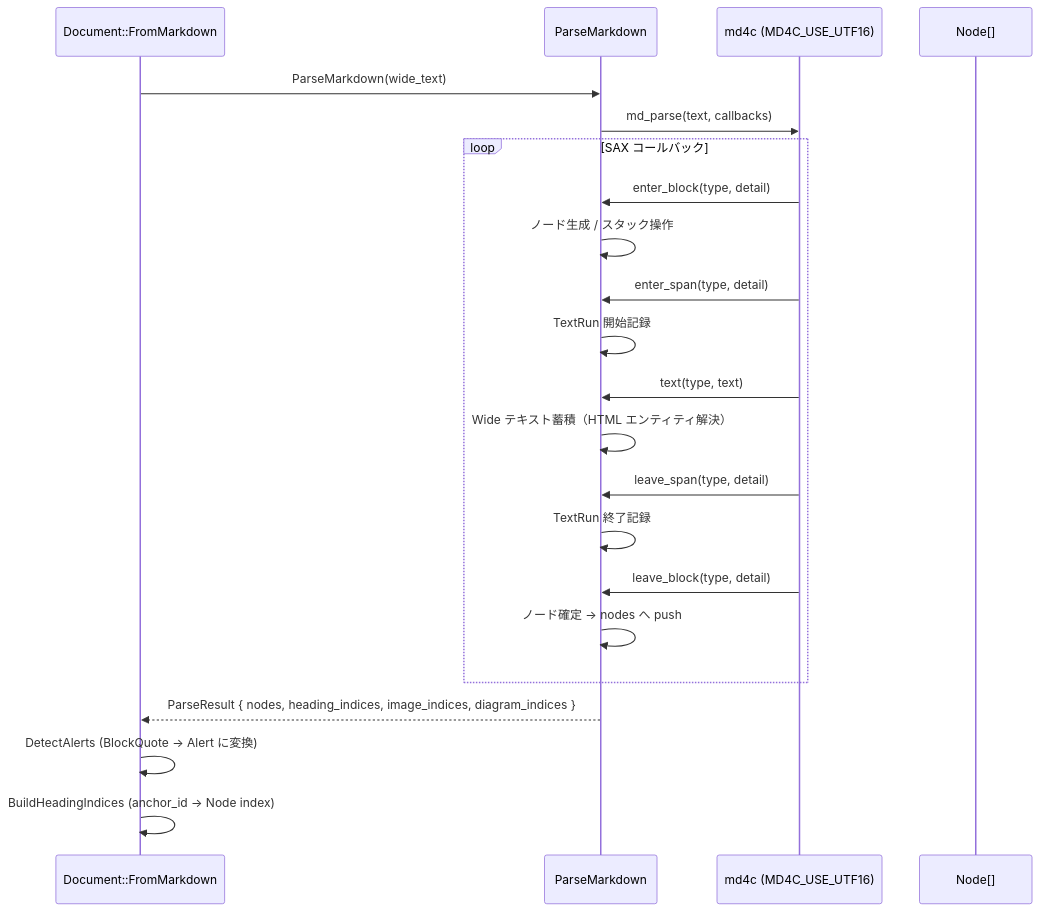
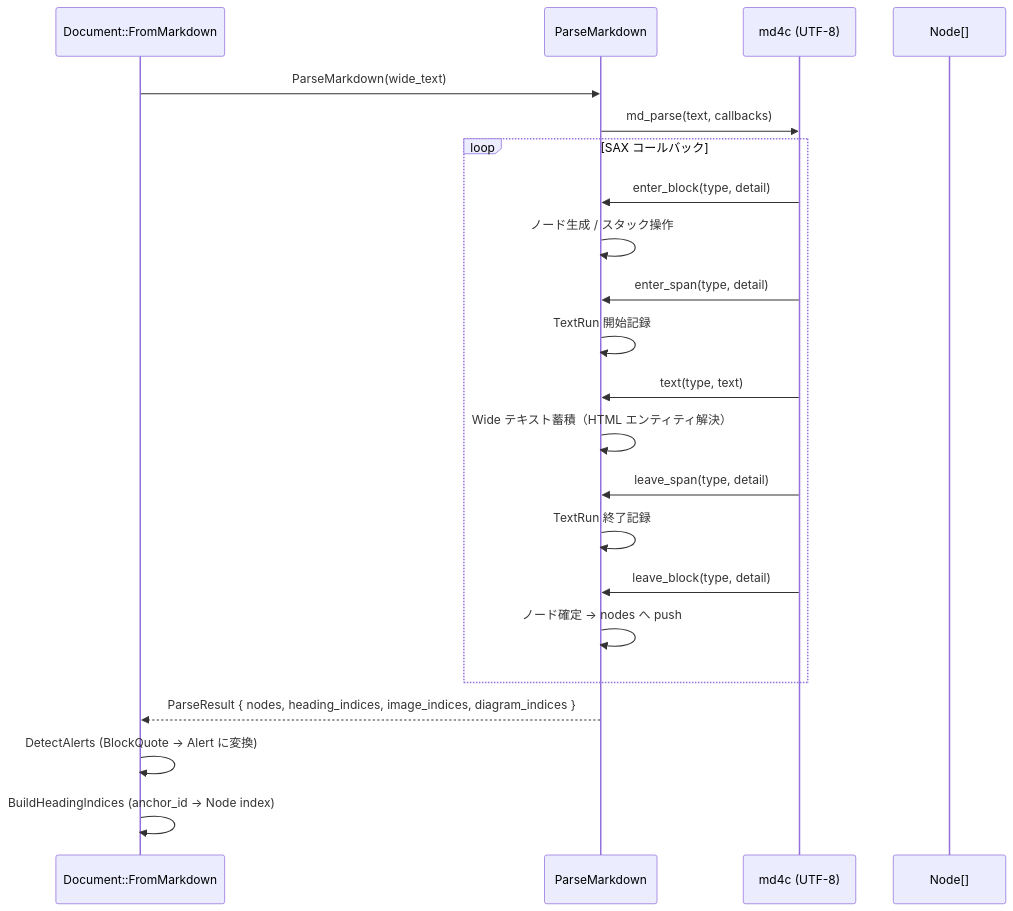
One commit to tanaton/mendo changed the sixth of 27 diagrams in example/test.md. Above: the diagram before and after it, drawn with Mermaid. The commit also changed other lines of this file and 35 other files, not shown here.

````diff
--- a/example/test.md
+++ b/example/test.md
@@ -772,25 +772,25 @@
 ```mermaid
 sequenceDiagram
     participant DOC as Document::FromMarkdown
     participant P as ParseMarkdown
-    participant MD as md4c (MD4C_USE_UTF16)
+    participant MD as md4c (UTF-8)
     participant N as Node[]
 
     DOC->>P: ParseMarkdown(wide_text)
     P->>MD: md_parse(text, callbacks)
     loop SAX コールバック
         MD->>P: enter_block(type, detail)
         P->>P: ノード生成 / スタック操作
         MD->>P: enter_span(type, detail)
         P->>P: TextRun 開始記録
         MD->>P: text(type, text)
         P->>P: Wide テキスト蓄積（HTML エンティティ解決）
         MD->>P: leave_span(type, detail)
         P->>P: TextRun 終了記録
         MD->>P: leave_block(type, detail)
         P->>P: ノード確定 → nodes へ push
     end
     P-->>DOC: ParseResult { nodes, heading_indices, image_indices, diagram_indices }
     DOC->>DOC: DetectAlerts (BlockQuote → Alert に変換)
     DOC->>DOC: BuildHeadingIndices (anchor_id → Node index)
 ```
````
